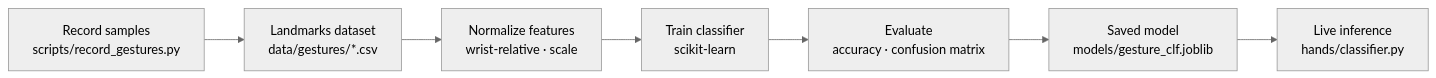
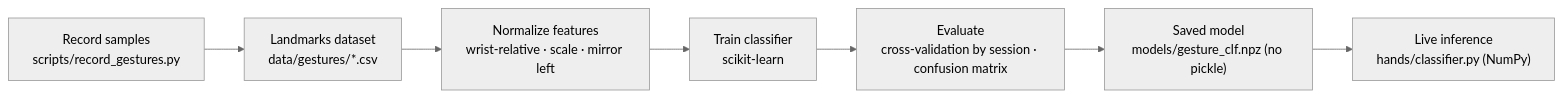
The second of 2 diagrams in CLAUDE.md (Mingpham/Motions_Detection_Core-), drawn with Mermaid (neutral theme) before and after one commit. The commit also changed other lines of this file and 28 other files, not shown here.

Commit message:
feat: M5 custom gesture recorder and classifier

````diff
--- a/CLAUDE.md
+++ b/CLAUDE.md
@@ -191,9 +191,9 @@
 ```mermaid
 flowchart LR
     A["Record samples<br/>scripts/record_gestures.py"] --> B["Landmarks dataset<br/>data/gestures/*.csv"]
-    B --> C["Normalize features<br/>wrist-relative · scale"]
+    B --> C["Normalize features<br/>wrist-relative · scale · mirror left"]
     C --> D["Train classifier<br/>scikit-learn"]
-    D --> E["Evaluate<br/>accuracy · confusion matrix"]
-    E --> F["Saved model<br/>models/gesture_clf.joblib"]
-    F --> G["Live inference<br/>hands/classifier.py"]
+    D --> E["Evaluate<br/>cross-validation by session · confusion matrix"]
+    E --> F["Saved model<br/>models/gesture_clf.npz (no pickle)"]
+    F --> G["Live inference<br/>hands/classifier.py (NumPy)"]
 ```
````
